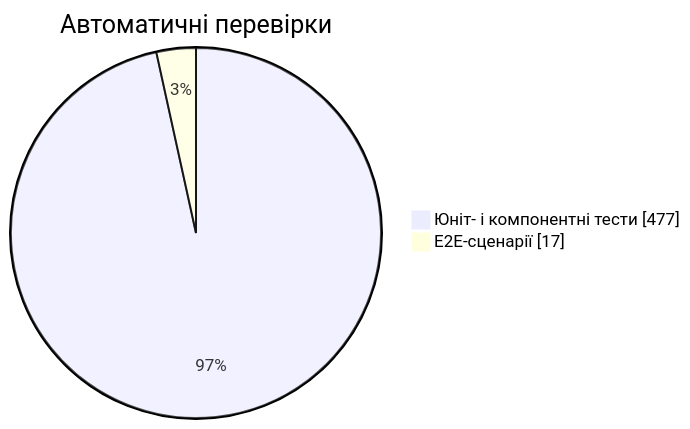
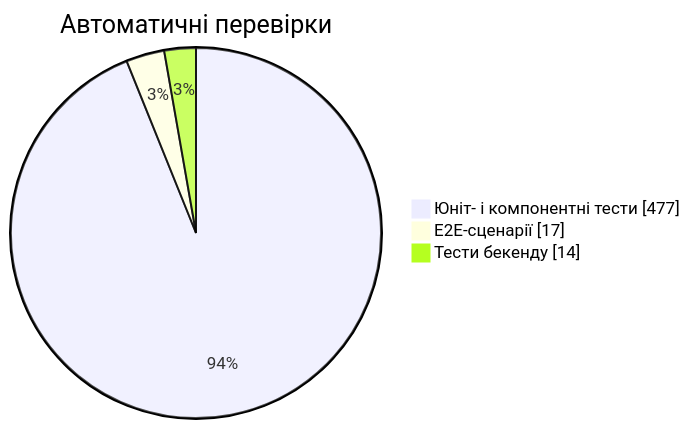
One commit to tsukanovSerhii/FitPulse changed the first of 3 diagrams in docs/quality.md. Above: the diagram before and after it, drawn with Mermaid. The commit also changed other lines of this file and 4 other files, not shown here.

````diff
--- a/docs/quality.md
+++ b/docs/quality.md
@@ -5,5 +5,6 @@
 ```mermaid
 pie showData title Автоматичні перевірки
   "Юніт- і компонентні тести" : 477
   "E2E-сценарії" : 17
+  "Тести бекенду" : 14
 ```
````
